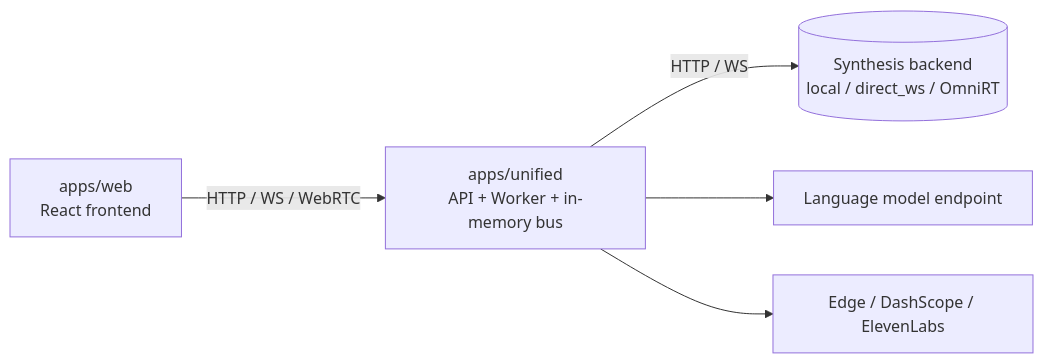
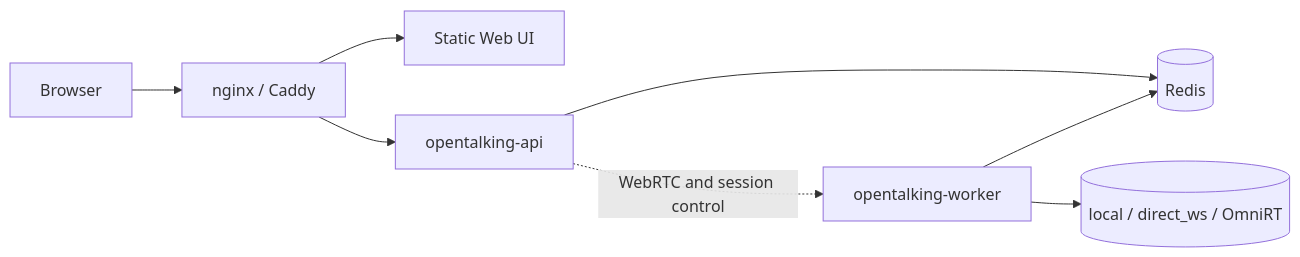
One commit to datascale-ai/opentalking changed the first of 2 diagrams in docs/en/user-guide/deployment.md. Above: the diagram before and after it, drawn with Mermaid. The commit also changed other lines of this file and 3 other files, not shown here.

````diff
--- a/docs/en/user-guide/deployment.md
+++ b/docs/en/user-guide/deployment.md
@@ -27,9 +109,10 @@
 ```mermaid
 flowchart LR
-    Web[apps/web<br/>React frontend] -->|HTTP / WS / WebRTC| Unified
-    Unified[apps/unified<br/>API + Worker + in-memory bus]
-    Unified -->|HTTP / WS| Backend
-    Unified --> LLM[Language model endpoint]
-    Unified --> TTS[Edge / DashScope / ElevenLabs]
-    Backend[(Synthesis backend<br/>local / direct_ws / OmniRT)]
+    Browser[Browser] --> Proxy[nginx / Caddy]
+    Proxy --> Web[Static Web UI]
+    Proxy --> API[opentalking-api]
+    API --> Redis[(Redis)]
+    Worker[opentalking-worker] --> Redis
+    Worker --> Backend[(local / direct_ws / OmniRT)]
+    API -. WebRTC and session control .-> Worker
 ```
````
